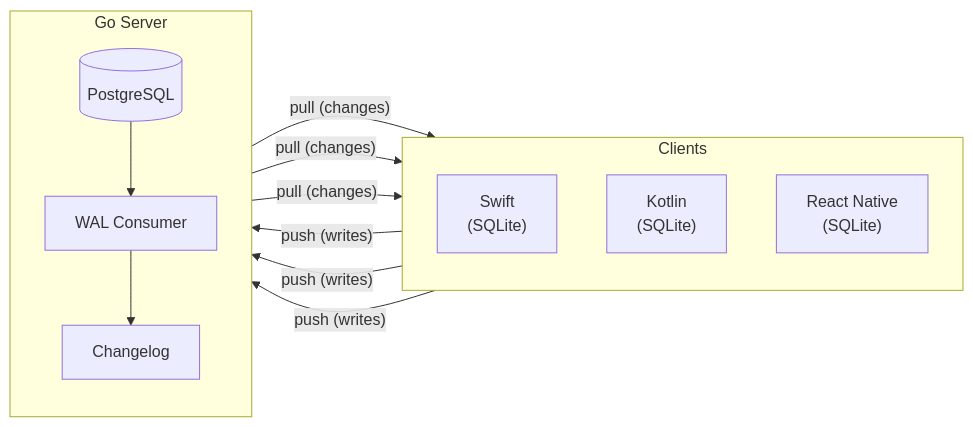
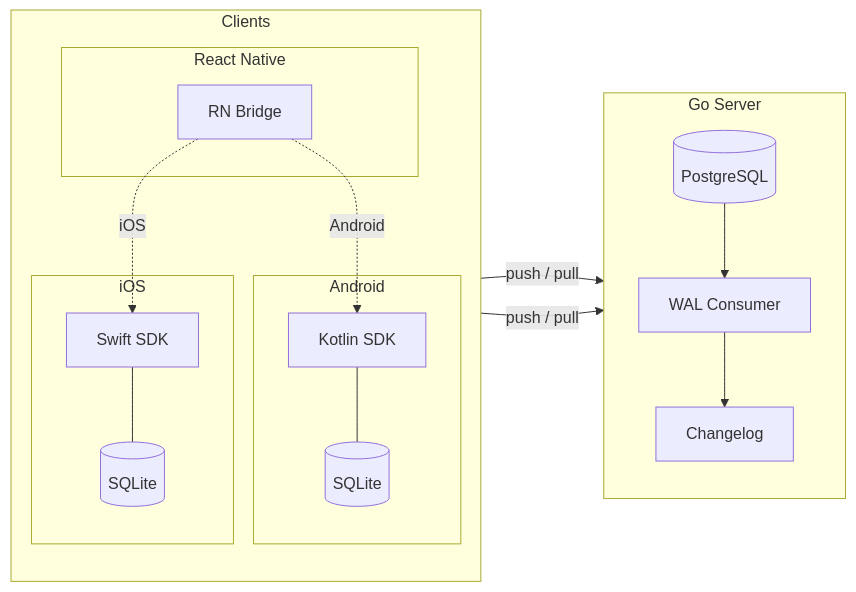
Before and after one commit to trainstar/synchro: the diagram in README.md, drawn with Mermaid.

Commit message:
fix: accurate architecture diagram (RN bridges to native SDKs)

````diff
--- a/README.md
+++ b/README.md
@@ -19,25 +19,32 @@
 ```mermaid
 flowchart LR
     subgraph Clients
         direction TB
-        A["Swift\n(SQLite)"]
-        B["Kotlin\n(SQLite)"]
-        C["React Native\n(SQLite)"]
+        subgraph iOS
+            A[Swift SDK]
+            A1[(SQLite)]
+            A --- A1
+        end
+        subgraph Android
+            B[Kotlin SDK]
+            B1[(SQLite)]
+            B --- B1
+        end
+        subgraph RN["React Native"]
+            C[RN Bridge]
+        end
+        C -. "iOS" .-> A
+        C -. "Android" .-> B
     end
 
     subgraph Server["Go Server"]
         direction TB
         D[("PostgreSQL")]
         E["WAL Consumer"]
         F["Changelog"]
         D --> E --> F
     end
 
-    A -- "push (writes)" --> Server
-    B -- "push (writes)" --> Server
-    C -- "push (writes)" --> Server
-
-    Server -- "pull (changes)" --> A
-    Server -- "pull (changes)" --> B
-    Server -- "pull (changes)" --> C
+    A -- "push / pull" --> Server
+    B -- "push / pull" --> Server
 ```
````
